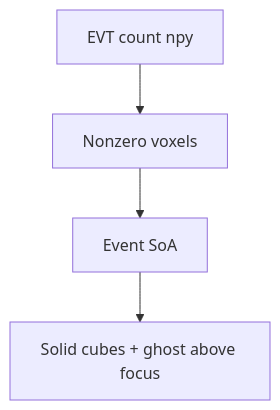
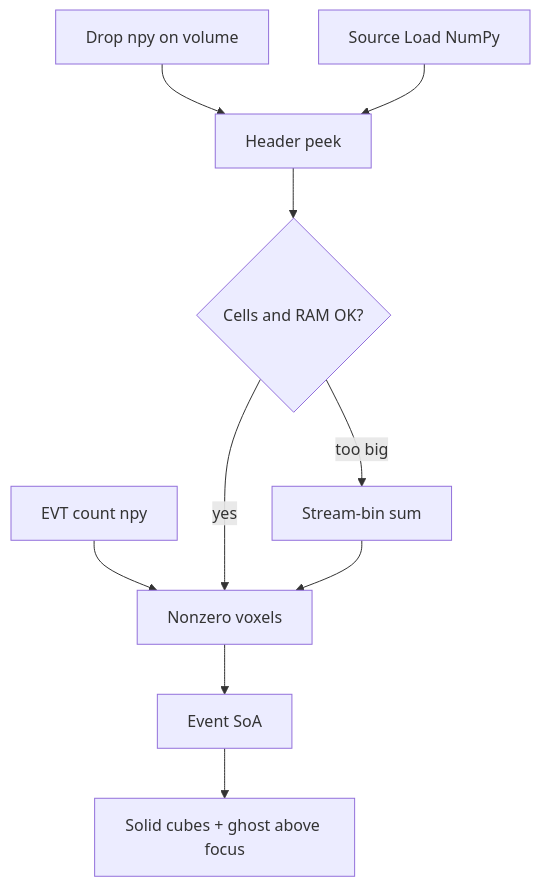
Before and after one commit to PiMaV/DONNER: the seventh of 32 diagrams in architecture.md, drawn with Mermaid. The commit also changed other lines of this file and 22 other files, not shown here.

Commit message:
Let visitors look with an opt-in Guide, load a cube from Source or drop, and inspect on the phone without Streamer chrome.

````diff
--- a/architecture.md
+++ b/architecture.md
@@ -194,6 +197,19 @@
 ```mermaid
 flowchart TB
-  npy[EVT count npy] --> sparse[Nonzero voxels]
-  sparse --> soa[Event SoA]
-  soa --> cubes[Solid cubes + ghost above focus]
+  npy[EVT count npy]
+  drop[Drop npy on volume]
+  load[Source Load NumPy]
+  peek[Header peek]
+  gate{Cells and RAM OK?}
+  bin[Stream-bin sum]
+  sparse[Nonzero voxels]
+  soa[Event SoA]
+  cubes[Solid cubes + ghost above focus]
+  npy --> sparse
+  drop --> peek
+  load --> peek
+  peek --> gate
+  gate -->|yes| sparse
+  gate -->|too big| bin --> sparse
+  sparse --> soa --> cubes
 ```
````
